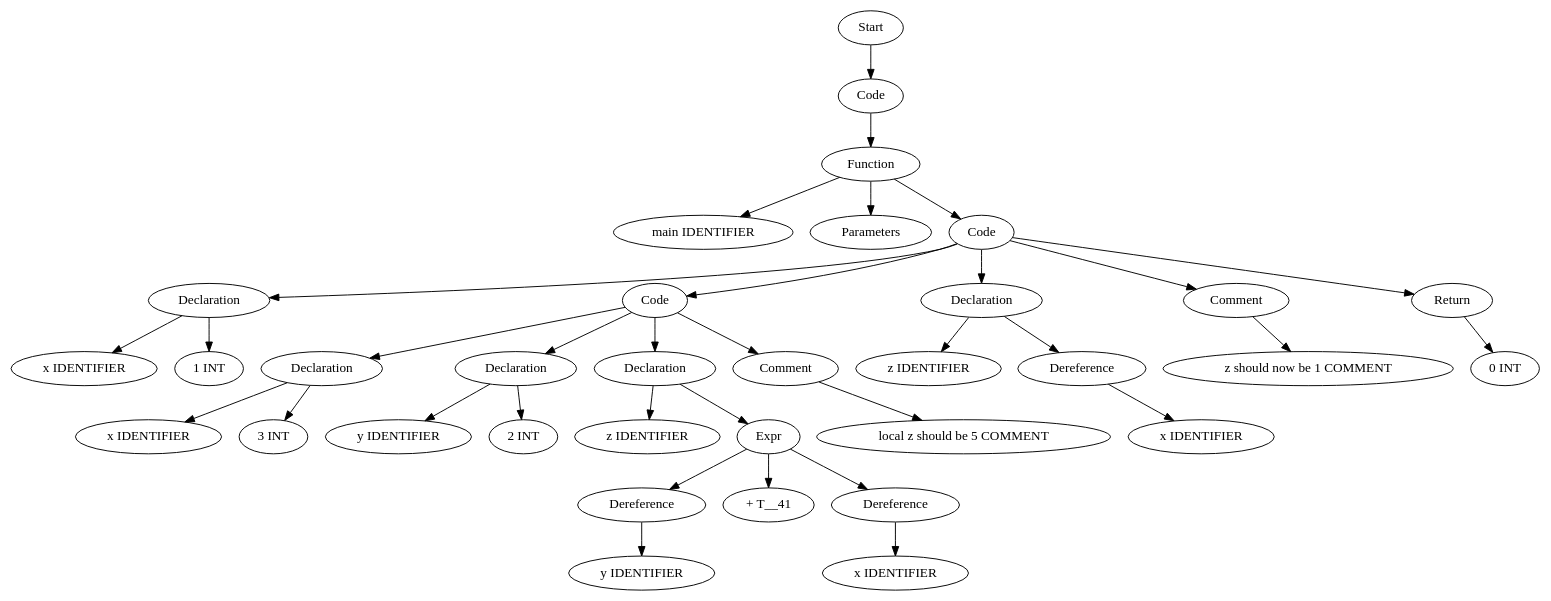
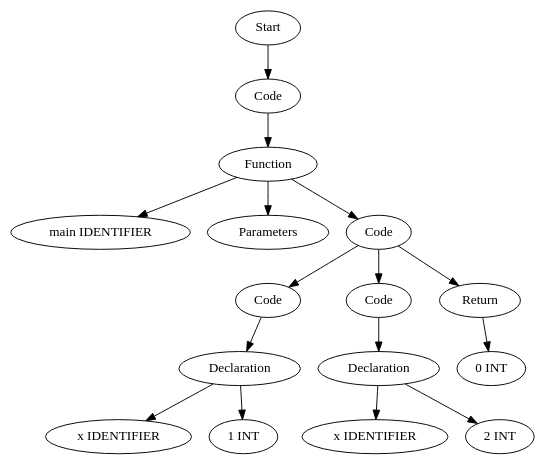
Before and after one commit to Are-you-listening/Compilers: the diagram in TestCases/ASTTests/SemanticErrorsTests/createTests/read_file_after.dot, drawn with Graphviz. The commit also changed 316 other files, not shown here.

```diff
--- a/TestCases/ASTTests/SemanticErrorsTests/createTests/read_file_after.dot
+++ b/TestCases/ASTTests/SemanticErrorsTests/createTests/read_file_after.dot
@@ -1,69 +1,33 @@
 digraph AST {
-  "126456762284640" [label="Start"];
-  "126456762284640" -> "126456762281808";
-  "126456762281808" [label="Code"];
-  "126456762281808" -> "126456762281952";
-  "126456762281952" [label="Function"];
-  "126456762281952" -> "126456762280416";
-  "126456762281952" -> "126456762280176";
-  "126456762281952" -> "126456762277680";
-  "126456762280416" [label="main IDENTIFIER"];
-  "126456762280176" [label="Parameters"];
-  "126456762277680" [label="Code"];
-  "126456762277680" -> "126456762278832";
-  "126456762277680" -> "126456762090256";
-  "126456762277680" -> "126456762356432";
-  "126456762277680" -> "126456762357008";
-  "126456762277680" -> "126456762357296";
-  "126456762278832" [label="Declaration"];
-  "126456762278832" -> "126456762279552";
-  "126456762278832" -> "126456762090544";
-  "126456762279552" [label="x IDENTIFIER"];
-  "126456762090544" [label="1 INT"];
-  "126456762090256" [label="Code"];
-  "126456762090256" -> "126456762353600";
-  "126456762090256" -> "126456762353456";
-  "126456762090256" -> "126456762355040";
-  "126456762090256" -> "126456762356048";
-  "126456762353600" [label="Declaration"];
-  "126456762353600" -> "126456762353504";
-  "126456762353600" -> "126456762353312";
-  "126456762353504" [label="x IDENTIFIER"];
-  "126456762353312" [label="3 INT"];
-  "126456762353456" [label="Declaration"];
-  "126456762353456" -> "126456762354800";
-  "126456762353456" -> "126456762354944";
-  "126456762354800" [label="y IDENTIFIER"];
-  "126456762354944" [label="2 INT"];
-  "126456762355040" [label="Declaration"];
-  "126456762355040" -> "126456762355232";
-  "126456762355040" -> "126456762355376";
-  "126456762355232" [label="z IDENTIFIER"];
-  "126456762355376" [label="Expr"];
-  "126456762355376" -> "126456762355568";
-  "126456762355376" -> "126456762355856";
-  "126456762355376" -> "126456762356000";
-  "126456762355568" [label="Dereference"];
-  "126456762355568" -> "126456762355760";
-  "126456762355760" [label="y IDENTIFIER"];
-  "126456762355856" [label="+ T__41"];
-  "126456762356000" [label="Dereference"];
-  "126456762356000" -> "126456762356192";
-  "126456762356192" [label="x IDENTIFIER"];
-  "126456762356048" [label="Comment"];
-  "126456762356048" -> "126456762356384";
-  "126456762356384" [label=" local z should be 5 COMMENT"];
-  "126456762356432" [label="Declaration"];
-  "126456762356432" -> "126456762356624";
-  "126456762356432" -> "126456762356768";
-  "126456762356624" [label="z IDENTIFIER"];
-  "126456762356768" [label="Dereference"];
-  "126456762356768" -> "126456762356960";
-  "126456762356960" [label="x IDENTIFIER"];
-  "126456762357008" [label="Comment"];
-  "126456762357008" -> "126456762357200";
-  "126456762357200" [label=" z should now be 1 COMMENT"];
-  "126456762357296" [label="Return"];
-  "126456762357296" -> "126456762357488";
-  "126456762357488" [label="0 INT"];
+  "138888069725248" [label="Start"];
+  "138888069725248" -> "138888069834032";
+  "138888069834032" [label="Code"];
+  "138888069834032" -> "138888069834224";
+  "138888069834224" [label="Function"];
+  "138888069834224" -> "138888069831824";
+  "138888069834224" -> "138888069831680";
+  "138888069834224" -> "138888069831632";
+  "138888069831824" [label="main IDENTIFIER"];
+  "138888069831680" [label="Parameters"];
+  "138888069831632" [label="Code"];
+  "138888069831632" -> "138888069831536";
+  "138888069831632" -> "138888069829808";
+  "138888069831632" -> "138888069834896";
+  "138888069831536" [label="Code"];
+  "138888069831536" -> "138888069827648";
+  "138888069827648" [label="Declaration"];
+  "138888069827648" -> "138888069825920";
+  "138888069827648" -> "138888069828944";
+  "138888069825920" [label="x IDENTIFIER"];
+  "138888069828944" [label="1 INT"];
+  "138888069829808" [label="Code"];
+  "138888069829808" -> "138888069834512";
+  "138888069834512" [label="Declaration"];
+  "138888069834512" -> "138888069834704";
+  "138888069834512" -> "138888069834848";
+  "138888069834704" [label="x IDENTIFIER"];
+  "138888069834848" [label="2 INT"];
+  "138888069834896" [label="Return"];
+  "138888069834896" -> "138888069835088";
+  "138888069835088" [label="0 INT"];
 }
```
